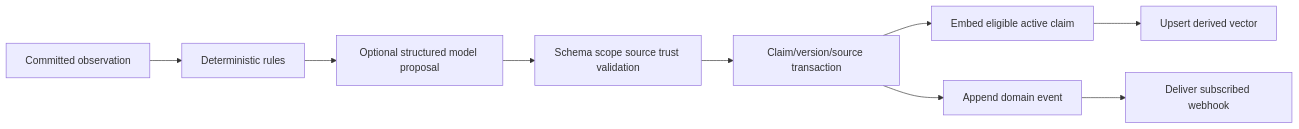
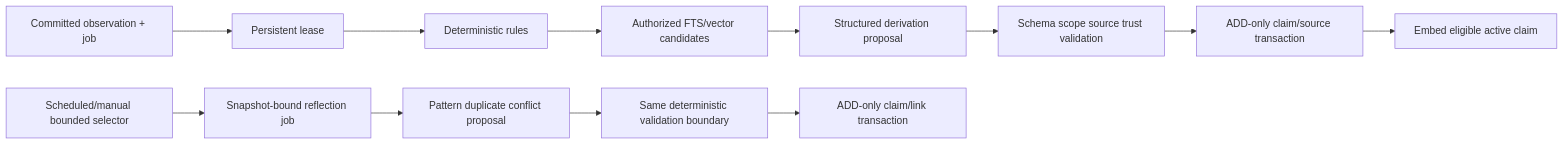
Before and after one commit to RamaAditya49/titen: the second of 3 diagrams in docs/architecture/agent-integration.md, drawn with Mermaid. The commit also changed other lines of this file and 21 other files, not shown here.

````diff
--- a/docs/architecture/agent-integration.md
+++ b/docs/architecture/agent-integration.md
@@ -506,11 +509,14 @@
 ```mermaid
 flowchart LR
-    O[Committed observation] --> D[Deterministic rules]
-    D --> P[Optional structured model proposal]
+    O[Committed observation + job] --> L[Persistent lease]
+    L --> D[Deterministic rules]
+    D --> R[Authorized FTS/vector candidates]
+    R --> P[Structured derivation proposal]
     P --> V[Schema scope source trust validation]
-    V --> C[Claim/version/source transaction]
+    V --> C[ADD-only claim/source transaction]
     C --> E[Embed eligible active claim]
-    E --> X[Upsert derived vector]
-    C --> N[Append domain event]
-    N --> W[Deliver subscribed webhook]
+    S[Scheduled/manual bounded selector] --> Q[Snapshot-bound reflection job]
+    Q --> P2[Pattern duplicate conflict proposal]
+    P2 --> V2[Same deterministic validation boundary]
+    V2 --> C2[ADD-only claim/link transaction]
 ```
````
